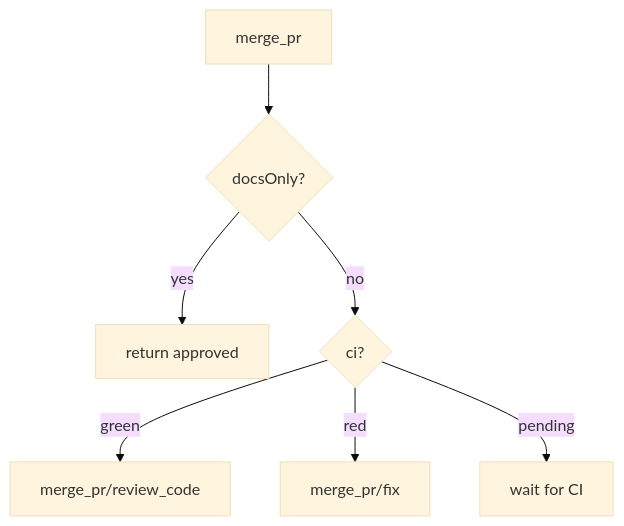
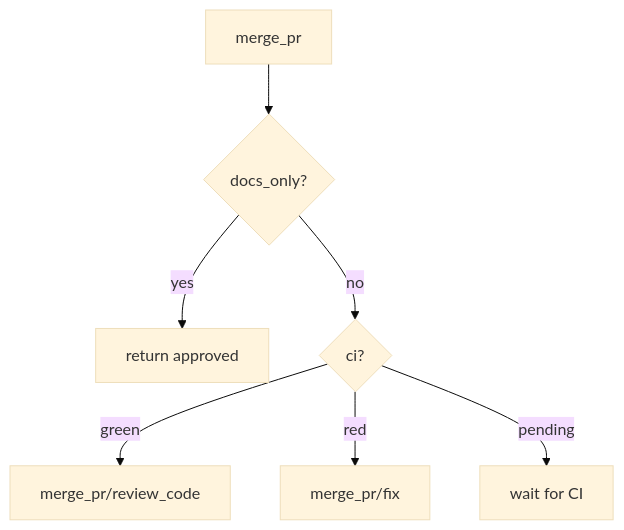
The diagram in README.md (rein-lang/rein), drawn with Mermaid (base theme) before and after one commit. The commit also changed other lines of this file and 44 other files, not shown here.

````diff
--- a/README.md
+++ b/README.md
@@ -41,9 +41,9 @@
 ```mermaid
 flowchart TD
-    A["merge_pr"] --> B{"docsOnly?"}
+    A["merge_pr"] --> B{"docs_only?"}
     B -- "yes" --> C["return approved"]
     B -- "no" --> D{"ci?"}
     D -- "green" --> E["merge_pr/review_code"]
     D -- "red" --> F["merge_pr/fix"]
     D -- "pending" --> G["wait for CI"]
 ```
````
